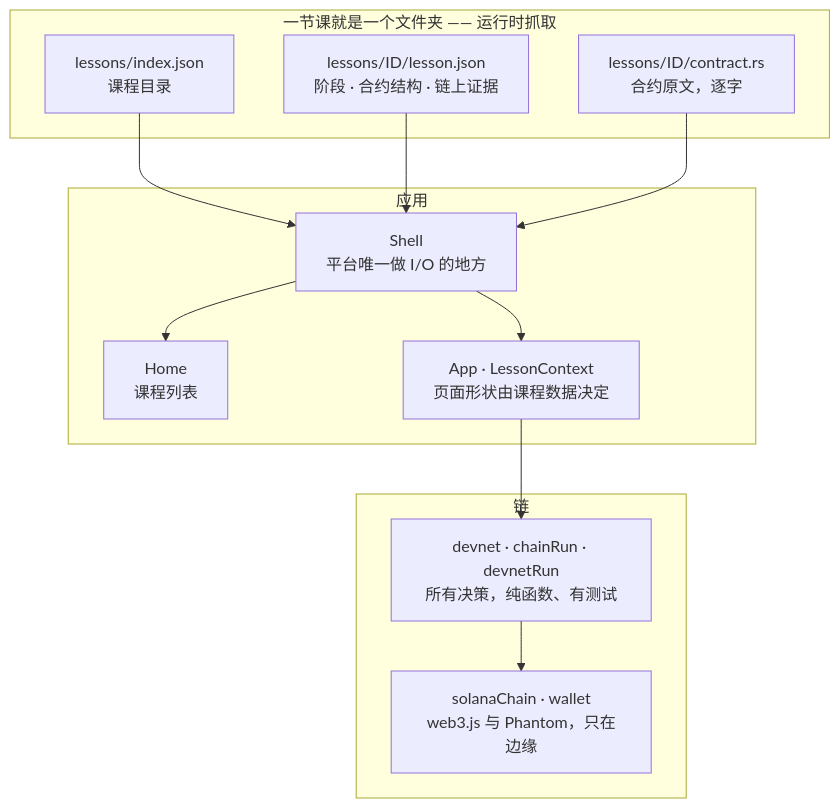
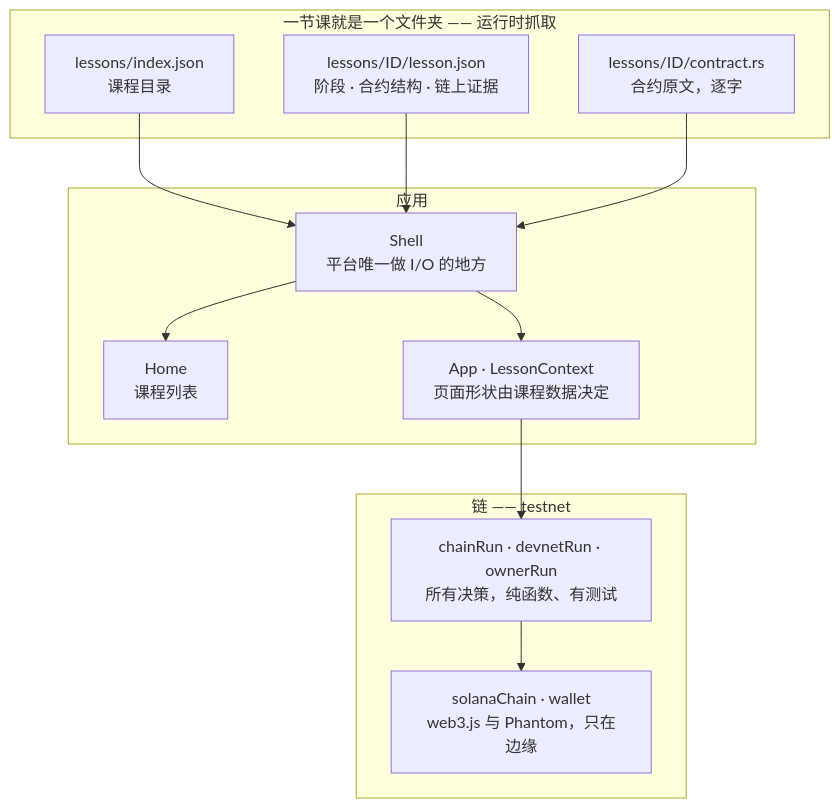
Before and after one commit to AmbitionSight/solana-prism: the diagram in README.zh-CN.md, drawn with Mermaid. The commit also changed other lines of this file and 1 other file, not shown here.

````diff
--- a/README.zh-CN.md
+++ b/README.zh-CN.md
@@ -39,27 +79,27 @@
 ```mermaid
 flowchart TB
   subgraph lesson["一节课就是一个文件夹 —— 运行时抓取"]
     index["lessons/index.json<br/>课程目录"]
     data["lessons/ID/lesson.json<br/>阶段 · 合约结构 · 链上证据"]
     rs["lessons/ID/contract.rs<br/>合约原文，逐字"]
   end
 
   subgraph app["应用"]
     shell["Shell<br/>平台唯一做 I/O 的地方"]
     home["Home<br/>课程列表"]
     render["App · LessonContext<br/>页面形状由课程数据决定"]
   end
 
-  subgraph chain["链"]
-    decision["devnet · chainRun · devnetRun<br/>所有决策，纯函数、有测试"]
+  subgraph chain["链 —— testnet"]
+    decision["chainRun · devnetRun · ownerRun<br/>所有决策，纯函数、有测试"]
     edge["solanaChain · wallet<br/>web3.js 与 Phantom，只在边缘"]
   end
 
   index --> shell
   data --> shell
   rs --> shell
   shell --> home
   shell --> render
   render --> decision
   decision --> edge
 ```
````
